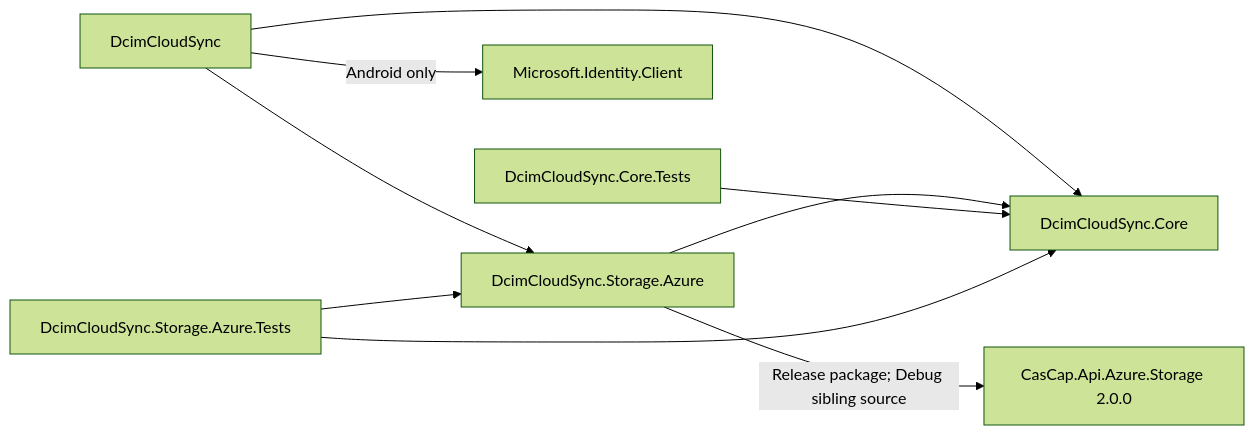
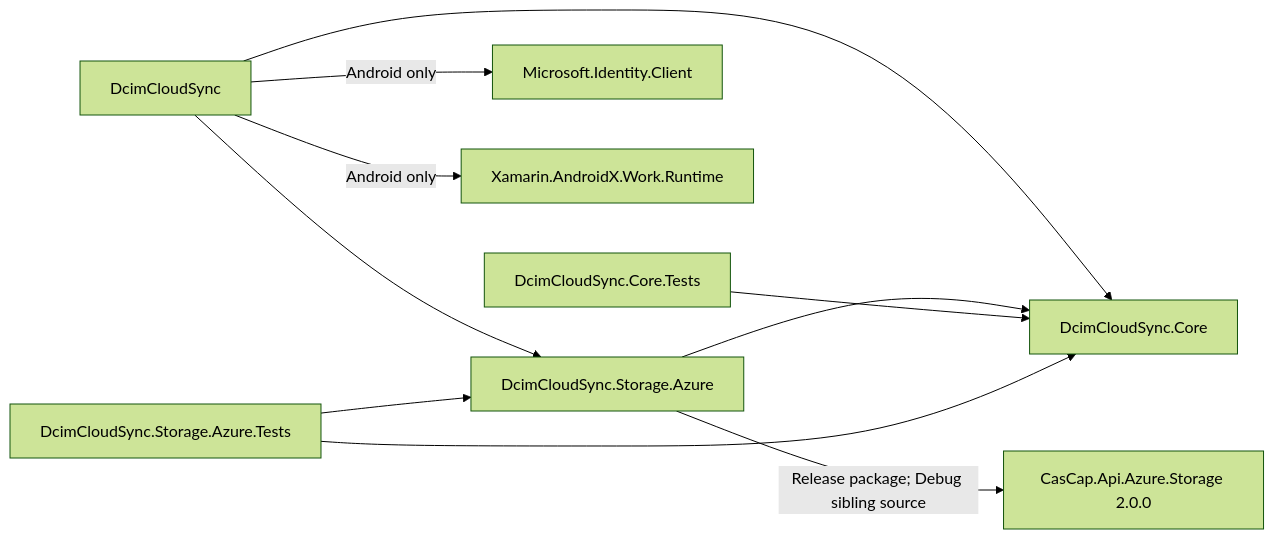
The second of 3 diagrams in docs/architecture.md (f2calv/android-dcim-cloud-sync), drawn with Mermaid (forest theme) before and after one commit. The commit also changed other lines of this file and 40 other files, not shown here.

First line of the commit message:
feat(android): back up new media in the background with WorkManager

````diff
--- a/docs/architecture.md
+++ b/docs/architecture.md
@@ -28,11 +32,12 @@
 ```mermaid
 graph LR
     App["DcimCloudSync"] --> Core["DcimCloudSync.Core"]
     App --> Azure["DcimCloudSync.Storage.Azure"]
     App -->|Android only| Msal["Microsoft.Identity.Client"]
+    App -->|Android only| Work["Xamarin.AndroidX.Work.Runtime"]
     Azure --> Core
     Azure -->|Release package; Debug sibling source| Library["CasCap.Api.Azure.Storage 2.0.0"]
     CoreTests["DcimCloudSync.Core.Tests"] --> Core
     AzureTests["DcimCloudSync.Storage.Azure.Tests"] --> Azure
     AzureTests --> Core
 ```
````
